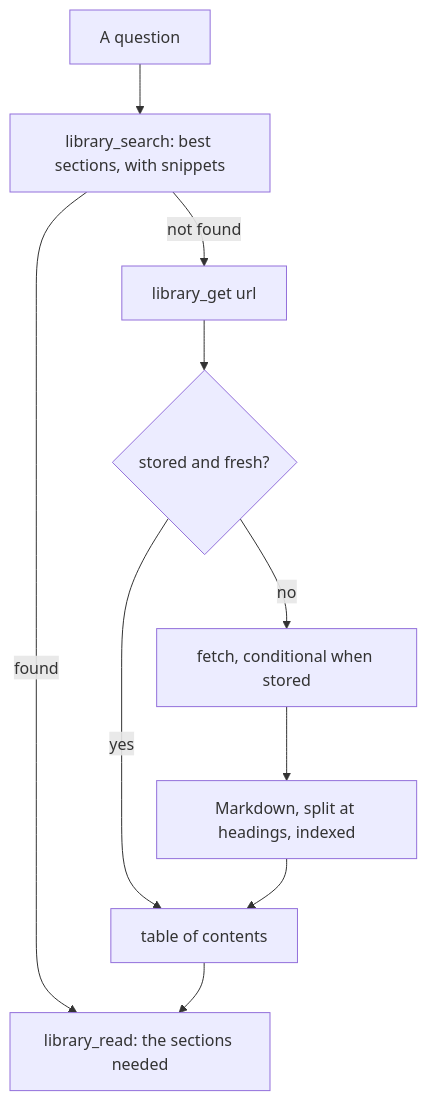
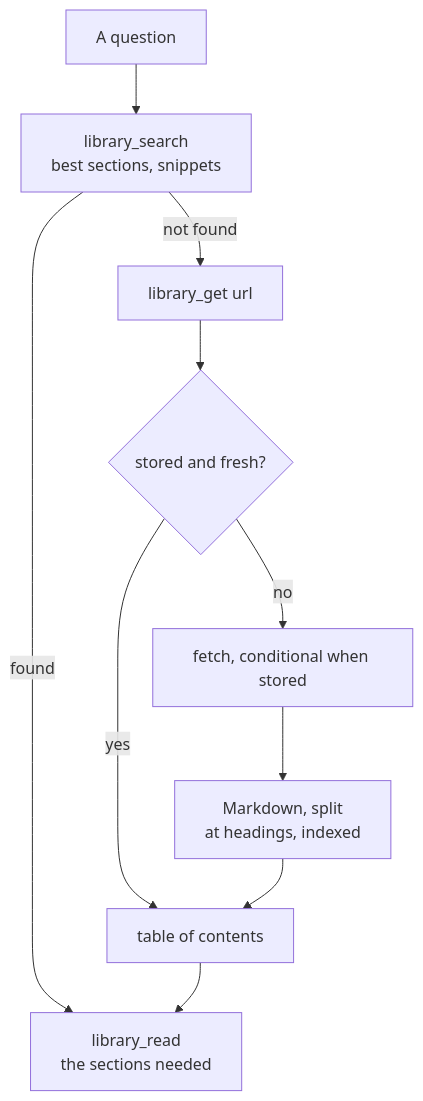
Before and after one commit to AlexandreGallais/synoptic-studio: the diagram in docs/tooling/sources.md, drawn with Mermaid. The commit also changed 8 other files, not shown here.

First line of the commit message:
docs(docs): diagram labels that fit their boxes

````diff
--- a/docs/tooling/sources.md
+++ b/docs/tooling/sources.md
@@ -7,12 +7,12 @@
 ```mermaid
 flowchart TD
-  Q[A question] --> S[library_search: best sections, with snippets]
-  S -->|found| RD[library_read: the sections needed]
+  Q[A question] --> S[library_search<br/>best sections, snippets]
+  S -->|found| RD[library_read<br/>the sections needed]
   S -->|not found| G[library_get url]
   G --> F{stored and fresh?}
   F -->|yes| T[table of contents]
   F -->|no| W[fetch, conditional when stored]
-  W --> M[Markdown, split at headings, indexed]
+  W --> M[Markdown, split<br/>at headings, indexed]
   M --> T
   T --> RD
 ```
````
